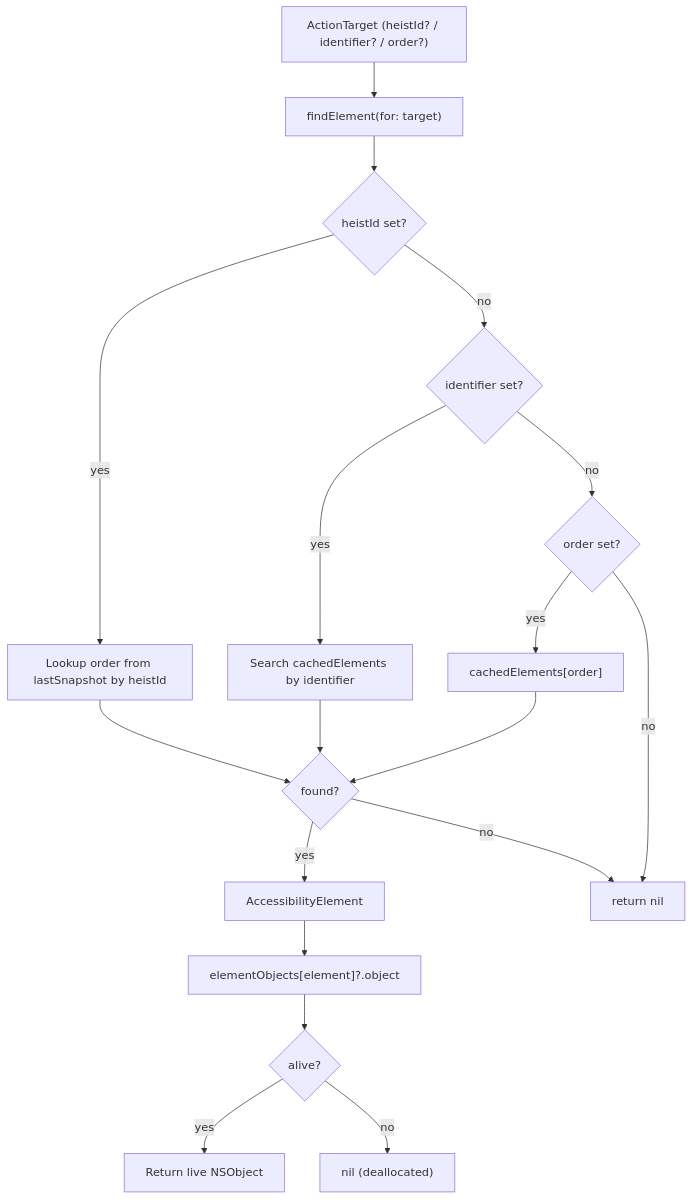
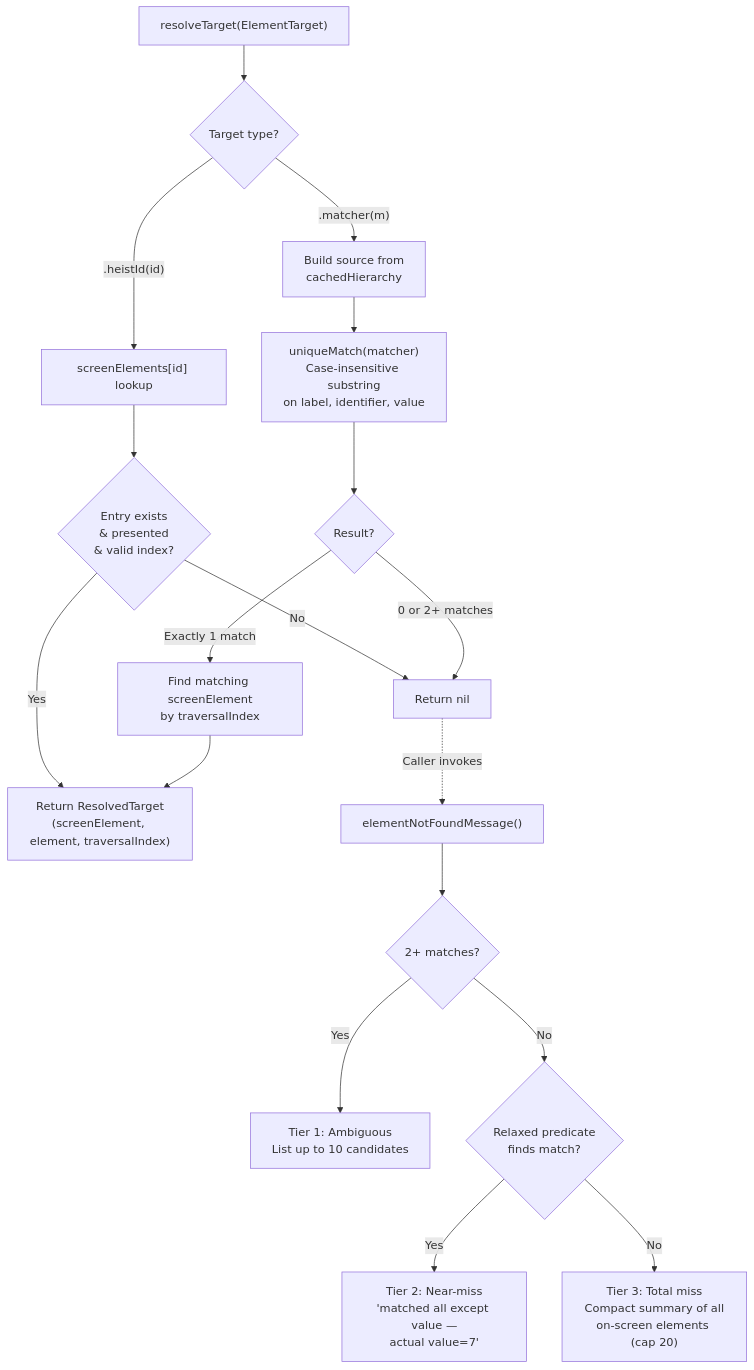
The fourth of 9 diagrams in docs/dossiers/13-THEBAGMAN.md (RoyalPineapple/TheButtonHeist), drawn with Mermaid before and after one commit. The commit also changed other lines of this file and 61 other files, not shown here.

First line of the commit message:
feat: unified element targeting with persistent screen-lifetime registry (#161)

````diff
--- a/docs/dossiers/13-THEBAGMAN.md
+++ b/docs/dossiers/13-THEBAGMAN.md
@@ -84,22 +164,22 @@
 ```mermaid
 flowchart TD
-    Target["ActionTarget (heistId? / identifier? / order?)"]
-    Target --> FindElem["findElement(for: target)"]
-    FindElem --> ByHeistId{heistId set?}
-    ByHeistId -->|yes| SearchHeistId["Lookup order from lastSnapshot by heistId"]
-    ByHeistId -->|no| ByIdent{identifier set?}
-    ByIdent -->|yes| SearchIdent["Search cachedElements by identifier"]
-    ByIdent -->|no| ByOrder{order set?}
-    ByOrder -->|yes| IndexLookup["cachedElements[order]"]
-    ByOrder -->|no| Nil["return nil"]
-    SearchHeistId --> Found{found?}
-    SearchIdent --> Found
-    IndexLookup --> Found
-    Found -->|yes| Element["AccessibilityElement"]
-    Found -->|no| Nil
+    A["resolveTarget(ElementTarget)"] --> B{Target type?}
+    B -->|".heistId(id)"| C["screenElements[id] lookup"]
+    C --> D{Entry exists<br/>& presented<br/>& valid index?}
+    D -->|Yes| E["Return ResolvedTarget<br/>(screenElement, element, traversalIndex)"]
+    D -->|No| F["Return nil"]
 
-    Element --> LiveObj["elementObjects[element]?.object"]
-    LiveObj --> Alive{alive?}
-    Alive -->|yes| Use["Return live NSObject"]
-    Alive -->|no| Stale["nil (deallocated)"]
+    B -->|".matcher(m)"| G["Build source from<br/>cachedHierarchy"]
+    G --> H["uniqueMatch(matcher)<br/>Case-insensitive substring<br/>on label, identifier, value"]
+    H --> I{Result?}
+    I -->|Exactly 1 match| J["Find matching screenElement<br/>by traversalIndex"]
+    J --> E
+    I -->|0 or 2+ matches| F
+
+    F -.->|"Caller invokes"| K["elementNotFoundMessage()"]
+    K --> T1{"2+ matches?"}
+    T1 -->|Yes| L["Tier 1: Ambiguous<br/>List up to 10 candidates"]
+    T1 -->|No| T2{"Relaxed predicate<br/>finds match?"}
+    T2 -->|Yes| M["Tier 2: Near-miss<br/>'matched all except value —<br/>actual value=7'"]
+    T2 -->|No| N["Tier 3: Total miss<br/>Compact summary of all<br/>on-screen elements (cap 20)"]
 ```
````
